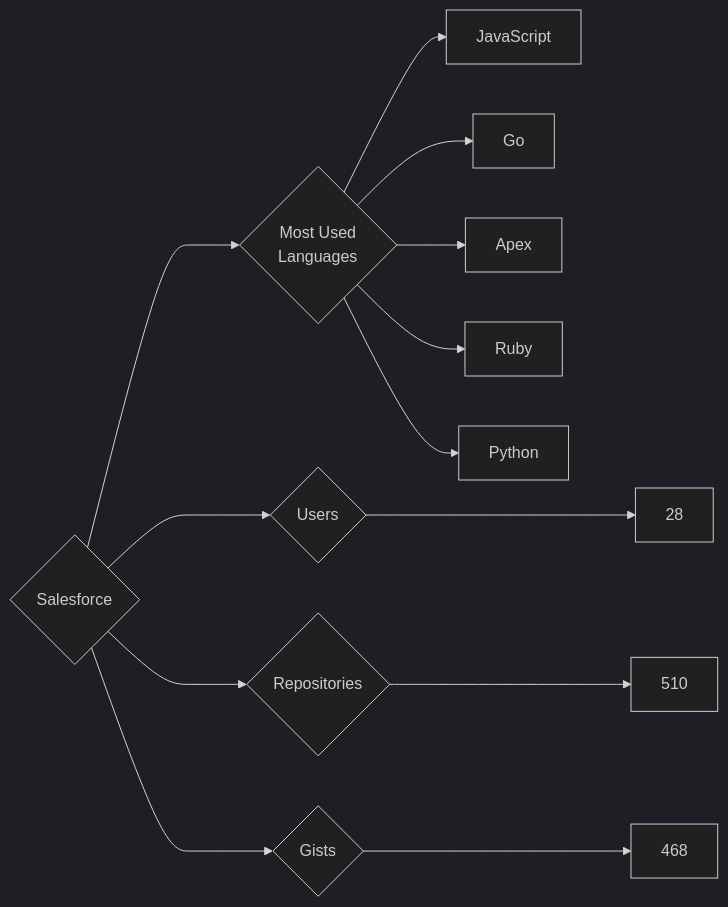
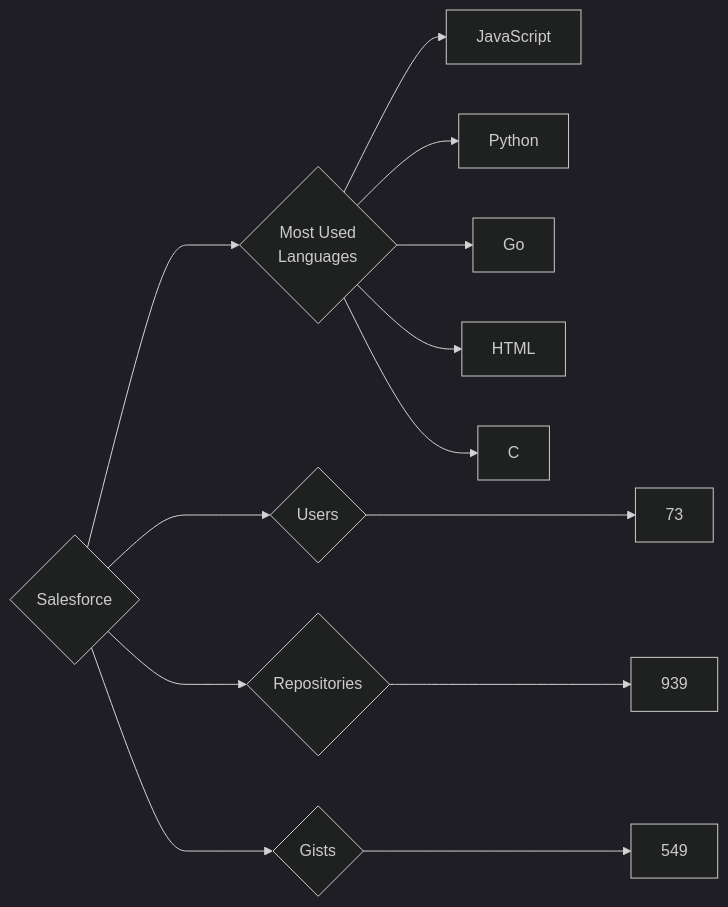
One commit to trickest/insiders changed the diagram in targets/Salesforce/README.md. Above: the diagram before and after it, drawn with Mermaid (dark theme). The commit also changed 835 other files, not shown here.

````diff
--- a/targets/Salesforce/README.md
+++ b/targets/Salesforce/README.md
@@ -3,13 +3,13 @@
 ```mermaid
 graph LR
 COMPANY_NAME{Salesforce}
-COMPANY_NAME ---> U{Users} ---> UN[28]
-COMPANY_NAME ---> R{Repositories} ---> RN[510]
-COMPANY_NAME ---> G{Gists} ---> GN[468]
+COMPANY_NAME ---> U{Users} ---> UN[73]
+COMPANY_NAME ---> R{Repositories} ---> RN[939]
+COMPANY_NAME ---> G{Gists} ---> GN[549]
 COMPANY_NAME ---> ML{Most Used<br>Languages}
 ML --> JavaScript[JavaScript]
+ML --> Python[Python]
 ML --> Go[Go]
-ML --> Apex[Apex]
-ML --> Ruby[Ruby]
-ML --> Python[Python]
+ML --> HTML[HTML]
+ML --> C[C]
 ```
````
